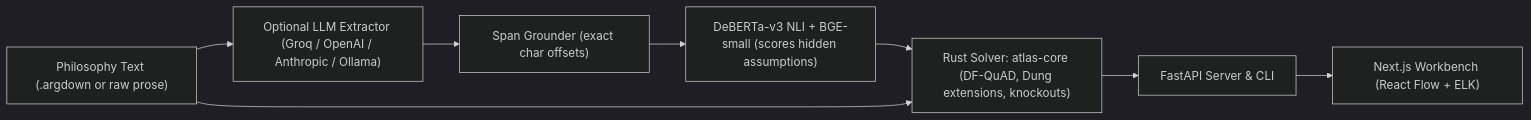
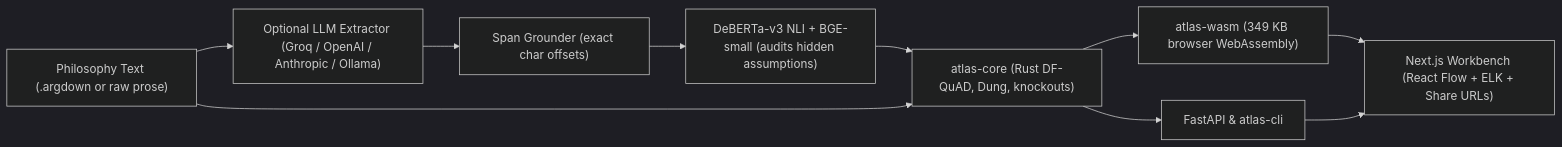
One commit to Bunlong-Prak/Philosophical-argument-atlas changed the diagram in README.md. Above: the diagram before and after it, drawn with Mermaid (dark theme). The commit also changed other lines of this file and 9 other files, not shown here.

````diff
--- a/README.md
+++ b/README.md
@@ -40,10 +74,12 @@
 ```mermaid
 flowchart LR
     Text["Philosophy Text (.argdown or raw prose)"] --> LLM["Optional LLM Extractor (Groq / OpenAI / Anthropic / Ollama)"]
     LLM --> Ground["Span Grounder (exact char offsets)"]
-    Ground --> NLI["DeBERTa-v3 NLI + BGE-small (scores hidden assumptions)"]
-    NLI --> Rust["Rust Solver: atlas-core (DF-QuAD, Dung extensions, knockouts)"]
+    Ground --> NLI["DeBERTa-v3 NLI + BGE-small (audits hidden assumptions)"]
+    NLI --> Rust["atlas-core (Rust DF-QuAD, Dung, knockouts)"]
     Text --> Rust
-    Rust --> API["FastAPI Server & CLI"]
-    API --> UI["Next.js Workbench (React Flow + ELK)"]
+    Rust --> Wasm["atlas-wasm (349 KB browser WebAssembly)"]
+    Rust --> API["FastAPI & atlas-cli"]
+    Wasm --> UI["Next.js Workbench (React Flow + ELK + Share URLs)"]
+    API --> UI
 ```
````
